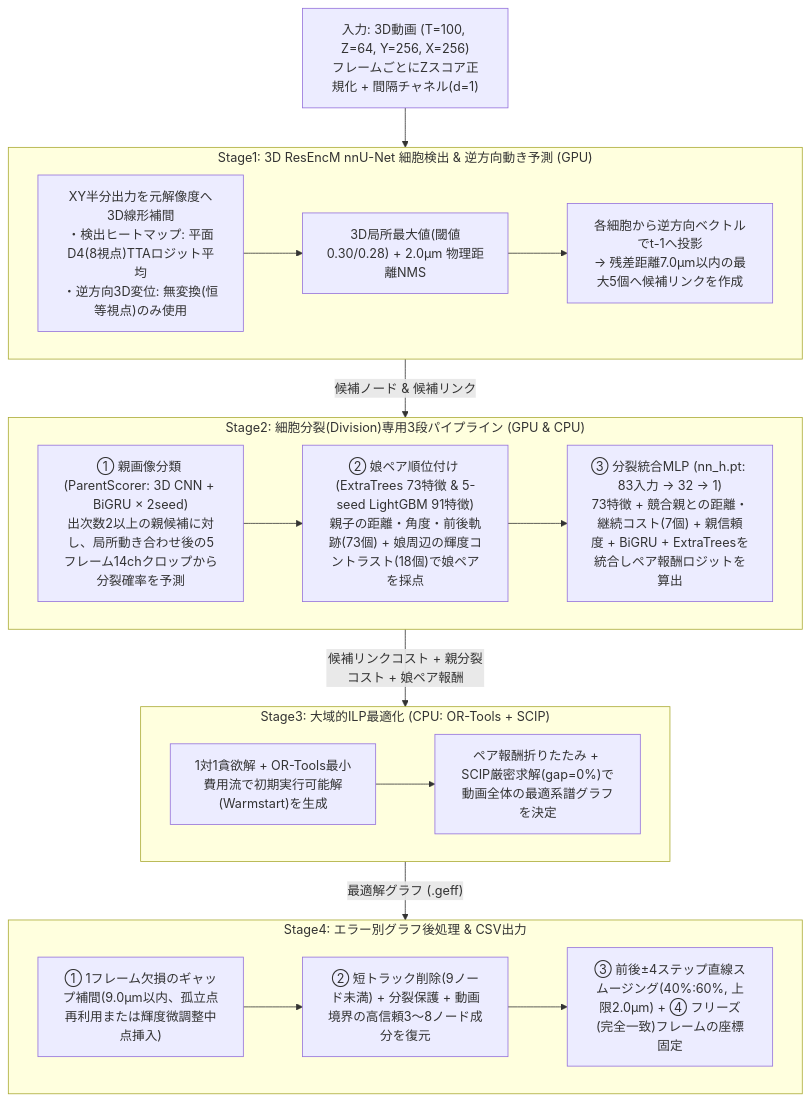
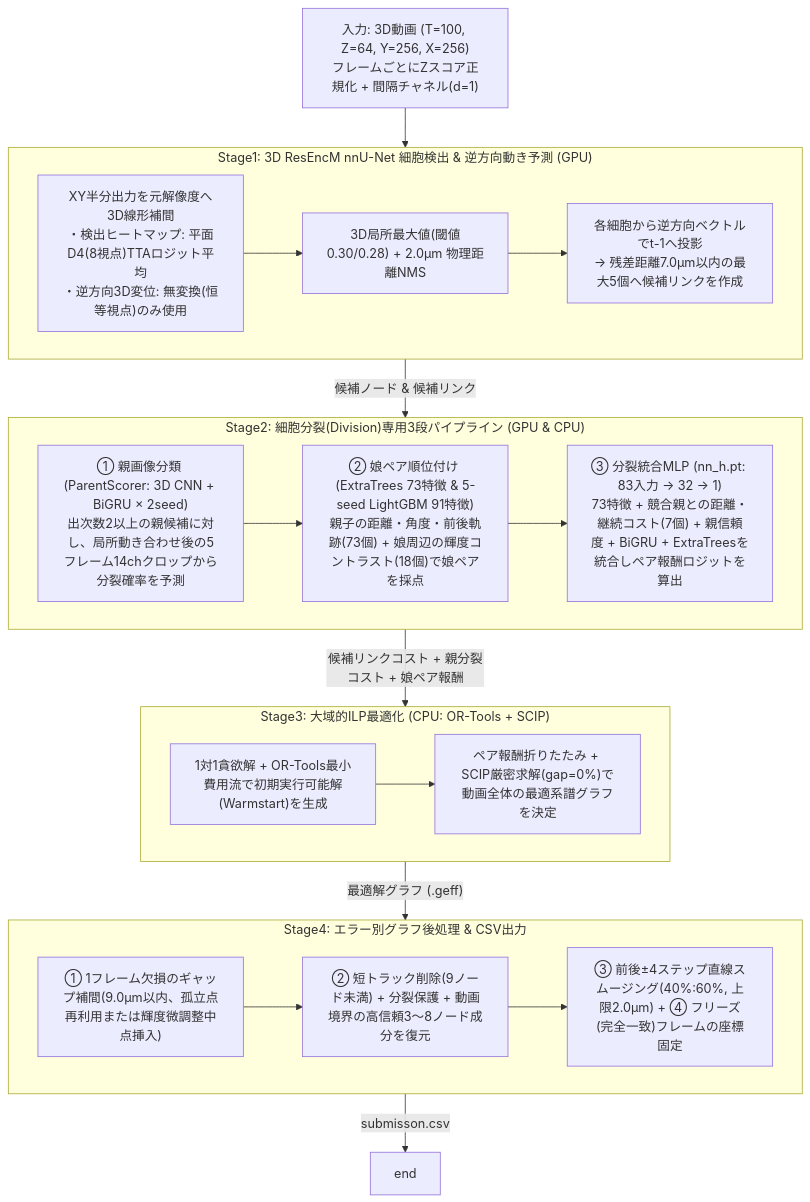
Before and after one commit to kito2718/kgle_001_BCT_Episode: the second of 5 diagrams in episode/Summary&Conclusion/7th-place-summary.md, drawn with Mermaid. The commit also changed other lines of this file, not shown here.

````diff
--- a/episode/Summary&Conclusion/7th-place-summary.md
+++ b/episode/Summary&Conclusion/7th-place-summary.md
@@ -147,29 +148,31 @@
 ```mermaid
 flowchart TD
     Input["入力: 3D動画 (T=100, Z=64, Y=256, X=256)<br/>フレームごとにZスコア正規化 + 間隔チャネル(d=1)"] --> S1
 
     subgraph S1["Stage1: 3D ResEncM nnU-Net 細胞検出 & 逆方向動き予測 (GPU)"]
         P1["XY半分出力を元解像度へ3D線形補間<br/>・検出ヒートマップ: 平面D4(8視点)TTAロジット平均<br/>・逆方向3D変位: 無変換(恒等視点)のみ使用"] --> P2["3D局所最大値(閾値0.30/0.28) + 2.0µm 物理距離NMS"]
         P2 --> P3["各細胞から逆方向ベクトルでt-1へ投影<br/>→ 残差距離7.0µm以内の最大5個へ候補リンクを作成"]
     end
 
     S1 -->|"候補ノード & 候補リンク"| S2
 
     subgraph S2["Stage2: 細胞分裂(Division)専用3段パイプライン (GPU & CPU)"]
         D1["① 親画像分類 (ParentScorer: 3D CNN + BiGRU × 2seed)<br/>出次数2以上の親候補に対し、局所動き合わせ後の5フレーム14chクロップから分裂確率を予測"] --> D2["② 娘ペア順位付け (ExtraTrees 73特徴 & 5-seed LightGBM 91特徴)<br/>親子の距離・角度・前後軌跡(73個) + 娘周辺の輝度コントラスト(18個)で娘ペアを採点"]
         D2 --> D3["③ 分裂統合MLP (nn_h.pt: 83入力 → 32 → 1)<br/>73特徴 + 競合親との距離・継続コスト(7個) + 親信頼度 + BiGRU + ExtraTreesを統合しペア報酬ロジットを算出"]
     end
 
     S2 -->|"候補リンクコスト + 親分裂コスト + 娘ペア報酬"| S3
 
     subgraph S3["Stage3: 大域的ILP最適化 (CPU: OR-Tools + SCIP)"]
         I1["1対1貪欲解 + OR-Tools最小費用流で初期実行可能解(Warmstart)を生成"] --> I2["ペア報酬折りたたみ + SCIP厳密求解(gap=0%)で動画全体の最適系譜グラフを決定"]
     end
 
     S3 -->|"最適解グラフ (.geff)"| S4
 
     subgraph S4["Stage4: エラー別グラフ後処理 & CSV出力"]
         O1["① 1フレーム欠損のギャップ補間(9.0µm以内、孤立点再利用または輝度微調整中点挿入)"] --> O2["② 短トラック削除(9ノード未満) + 分裂保護 + 動画境界の高信頼3〜8ノード成分を復元"]
         O2 --> O3["③ 前後±4ステップ直線スムージング(40%:60%, 上限2.0µm) + ④ フリーズ(完全一致)フレームの座標固定"]
     end
+
+    S4 -->|"submisson.csv"| S5["end"]
 ```
````
